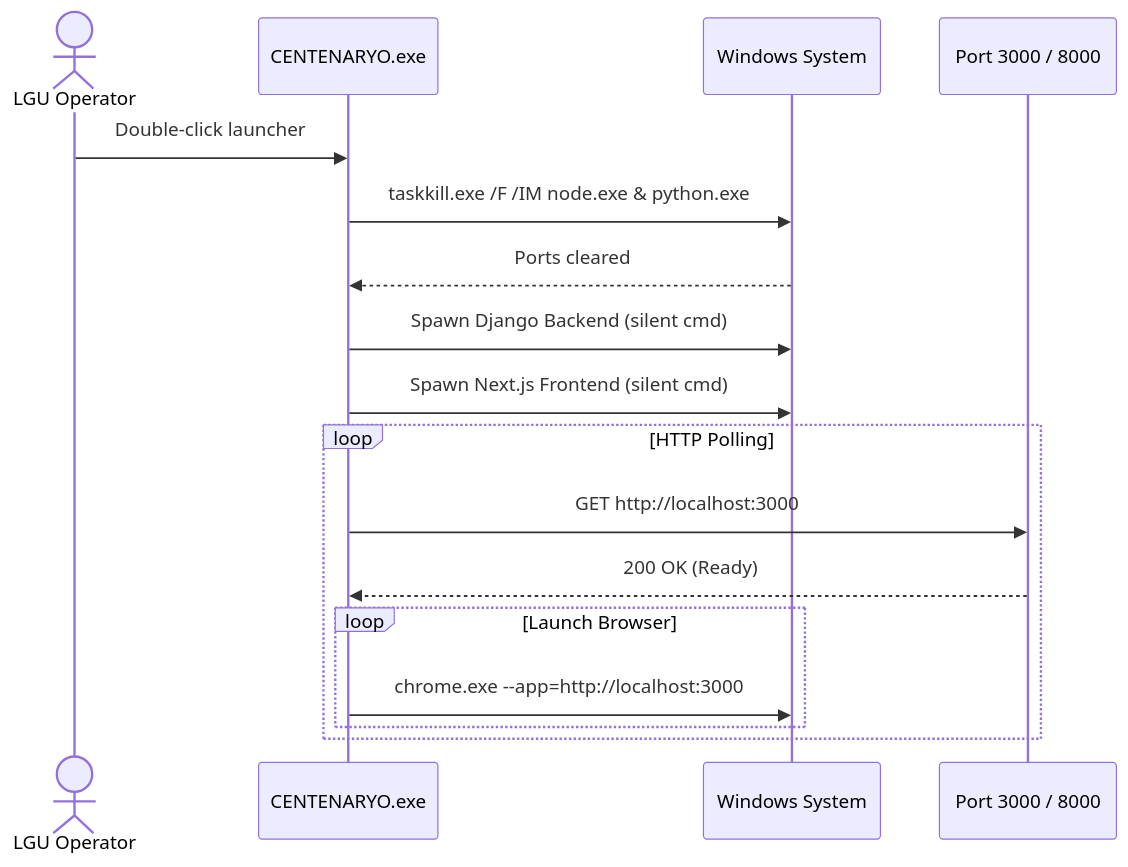
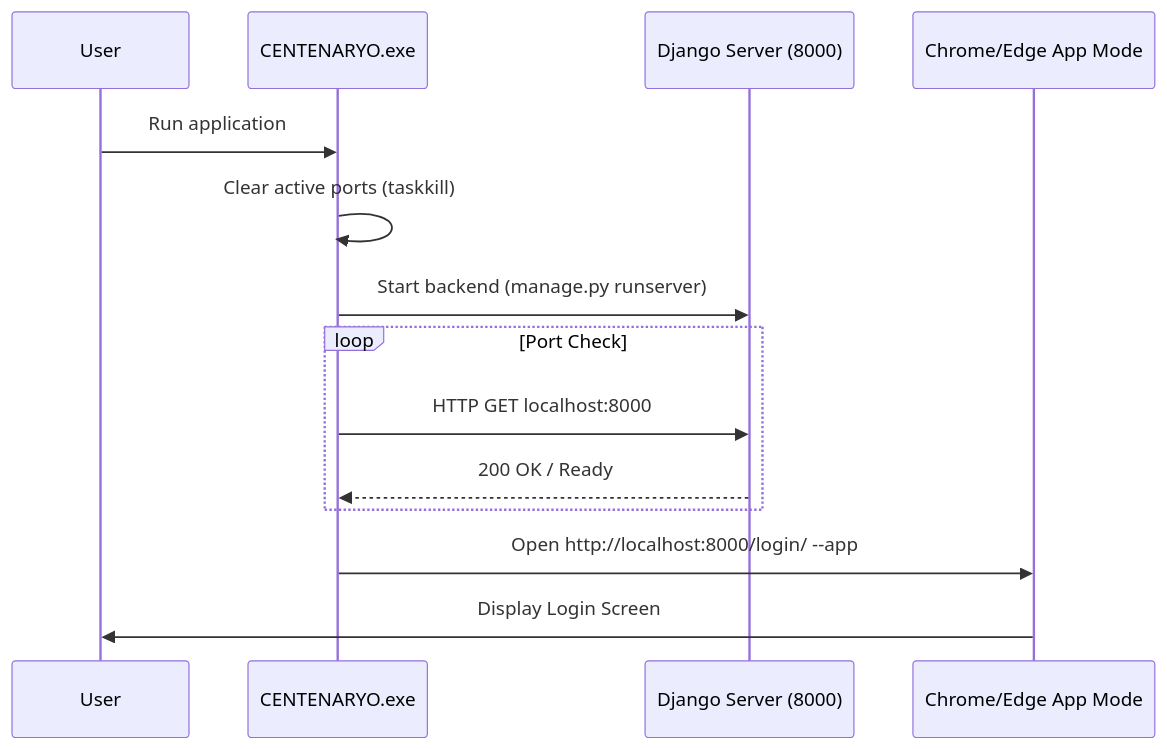
The third of 6 diagrams in CAPSTONE_CHAPTERS_1_3.md (khiroez/CENTENARYO), drawn with Mermaid before and after one commit. The commit also changed other lines of this file, not shown here.

Commit message:
Update capstone chapters 1 and 3 in documentation to match system implementations

````diff
--- a/CAPSTONE_CHAPTERS_1_3.md
+++ b/CAPSTONE_CHAPTERS_1_3.md
@@ -171,20 +179,17 @@
 ```mermaid
 sequenceDiagram
-    actor Operator as LGU Operator
-    participant EXE as CENTENARYO.exe
-    participant Windows as Windows System
-    participant Ports as Port 3000 / 8000
-    
-    Operator->>EXE: Double-click launcher
-    EXE->>Windows: taskkill.exe /F /IM node.exe & python.exe
-    Windows-->>EXE: Ports cleared
-    EXE->>Windows: Spawn Django Backend (silent cmd)
-    EXE->>Windows: Spawn Next.js Frontend (silent cmd)
-    loop HTTP Polling
-        EXE->>Ports: GET http://localhost:3000
-        Ports-->>EXE: 200 OK (Ready)
-    loop Launch Browser
-        EXE->>Windows: chrome.exe --app=http://localhost:3000
+    participant User
+    participant Launcher as CENTENARYO.exe
+    participant Backend as Django Server (8000)
+    participant Browser as Chrome/Edge App Mode
+
+    User->>Launcher: Run application
+    Launcher->>Launcher: Clear active ports (taskkill)
+    Launcher->>Backend: Start backend (manage.py runserver)
+    loop Port Check
+        Launcher->>Backend: HTTP GET localhost:8000
+        Backend-->>Launcher: 200 OK / Ready
     end
-    end
+    Launcher->>Browser: Open http://localhost:8000/login/ --app
+    Browser->>User: Display Login Screen
 ```
````
